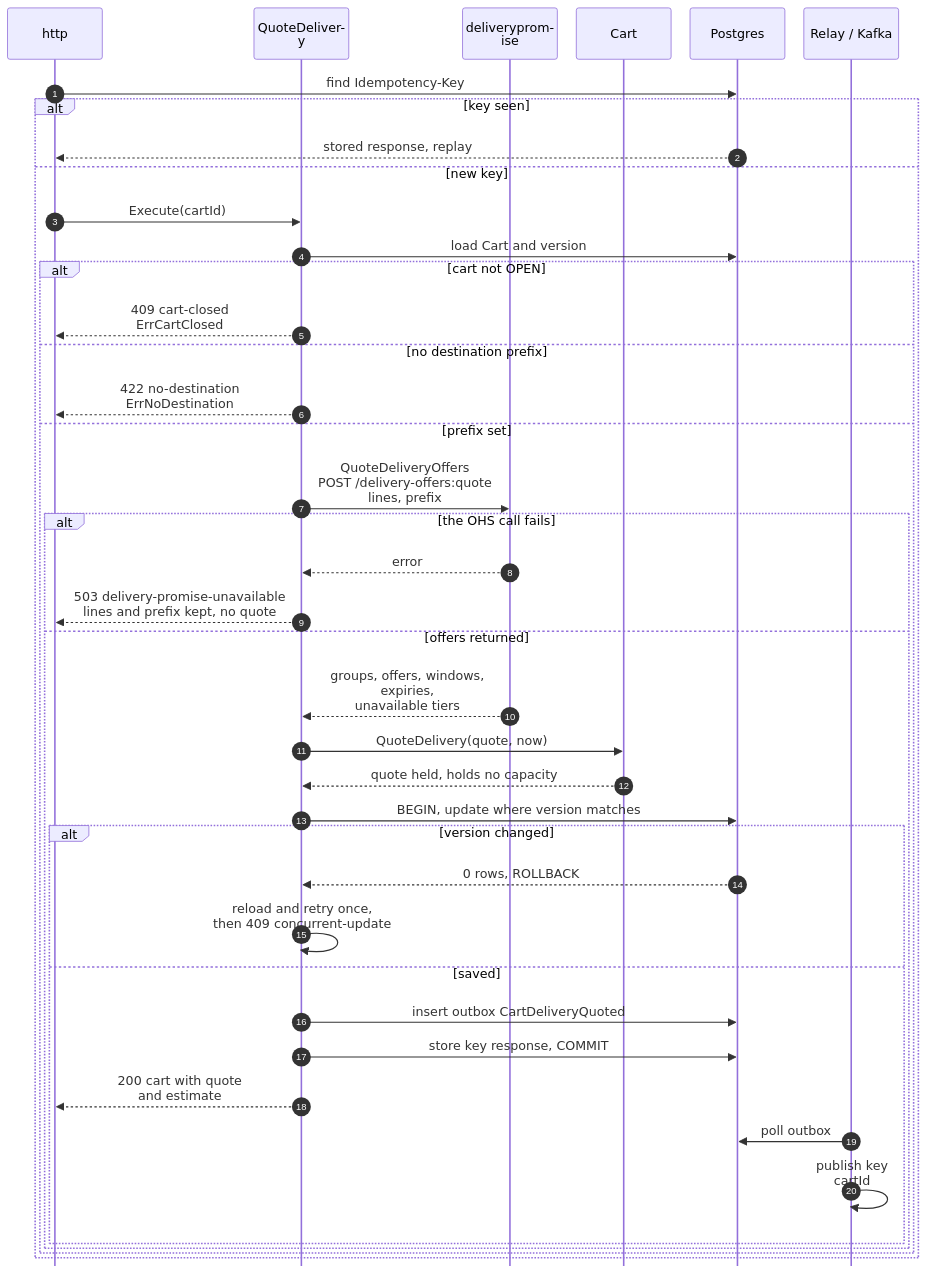
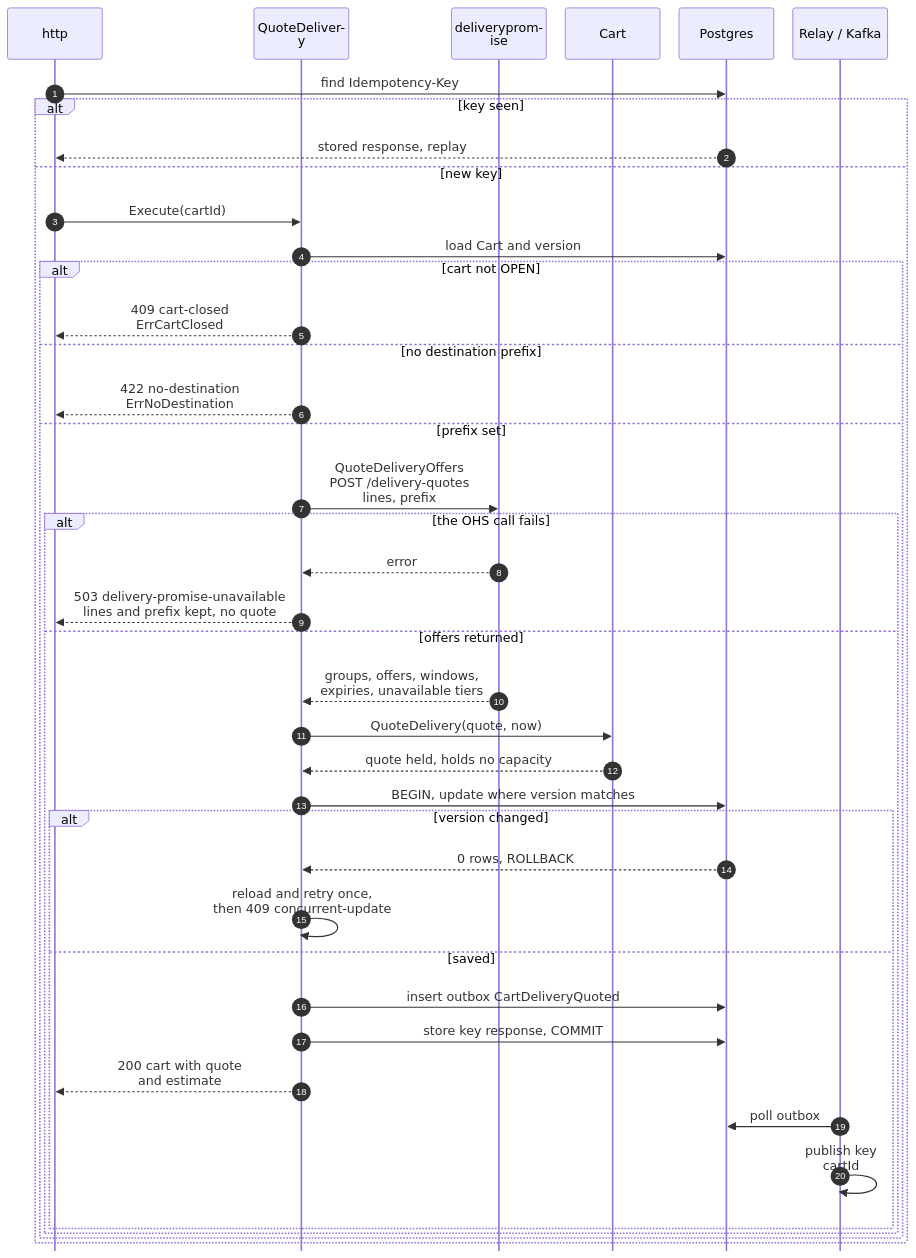
One commit to IQVO/warehouse-docs changed the fifth of 10 diagrams in storefront/docs/contexts/shopping-cart/sequence-diagrams.md. Above: the diagram before and after it, drawn with Mermaid. The commit also changed other lines of this file and 272 other files, not shown here.

````diff
--- a/storefront/docs/contexts/shopping-cart/sequence-diagrams.md
+++ b/storefront/docs/contexts/shopping-cart/sequence-diagrams.md
@@ -199,44 +199,44 @@
 ```mermaid
 %%{init: {"sequence": {"wrap": true, "width": 120, "actorMargin": 24, "messageMargin": 28, "boxMargin": 6, "noteMargin": 6, "mirrorActors": false}}}%%
 sequenceDiagram
     autonumber
     participant H as http
     participant UC as QuoteDelivery
     participant DP as deliverypromise
     participant A as Cart
     participant DB as Postgres
     participant K as Relay / Kafka
     H->>DB: find Idempotency-Key
     alt key seen
         DB-->>H: stored response, replay
     else new key
         H->>UC: Execute(cartId)
         UC->>DB: load Cart and version
         alt cart not OPEN
             UC-->>H: 409 cart-closed<br/>ErrCartClosed
         else no destination prefix
             UC-->>H: 422 no-destination<br/>ErrNoDestination
         else prefix set
-            UC->>DP: QuoteDeliveryOffers<br/>POST /delivery-offers:quote<br/>lines, prefix
+            UC->>DP: QuoteDeliveryOffers<br/>POST /delivery-quotes<br/>lines, prefix
             alt the OHS call fails
                 DP-->>UC: error
                 UC-->>H: 503 delivery-promise-unavailable<br/>lines and prefix kept, no quote
             else offers returned
                 DP-->>UC: groups, offers, windows,<br/>expiries, unavailable tiers
                 UC->>A: QuoteDelivery(quote, now)
                 A-->>UC: quote held, holds no capacity
                 UC->>DB: BEGIN, update where version matches
                 alt version changed
                     DB-->>UC: 0 rows, ROLLBACK
                     UC->>UC: reload and retry once,<br/>then 409 concurrent-update
                 else saved
                     UC->>DB: insert outbox CartDeliveryQuoted
                     UC->>DB: store key response, COMMIT
                     UC-->>H: 200 cart with quote<br/>and estimate
                     K->>DB: poll outbox
                     K->>K: publish key cartId
                 end
             end
         end
     end
 ```
````
